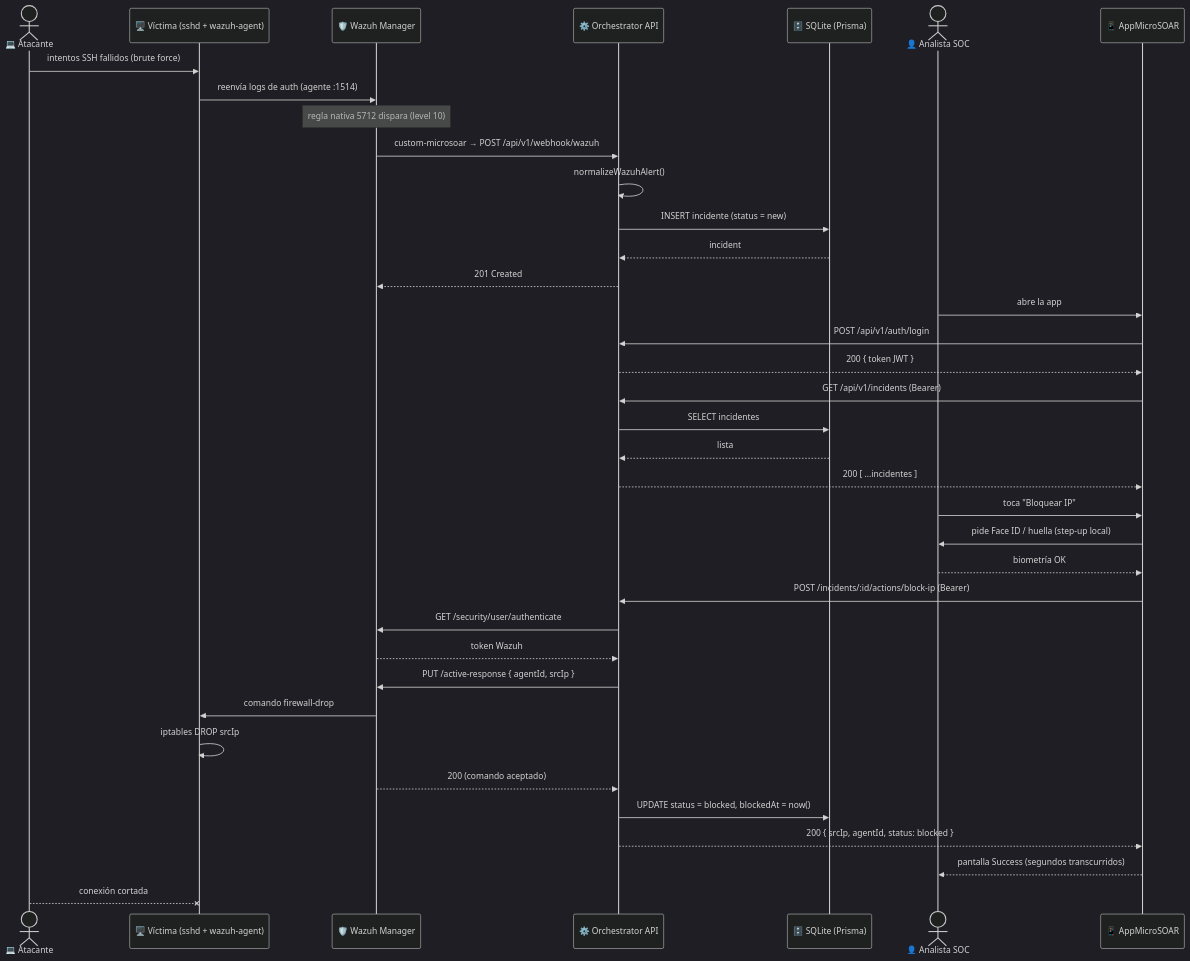
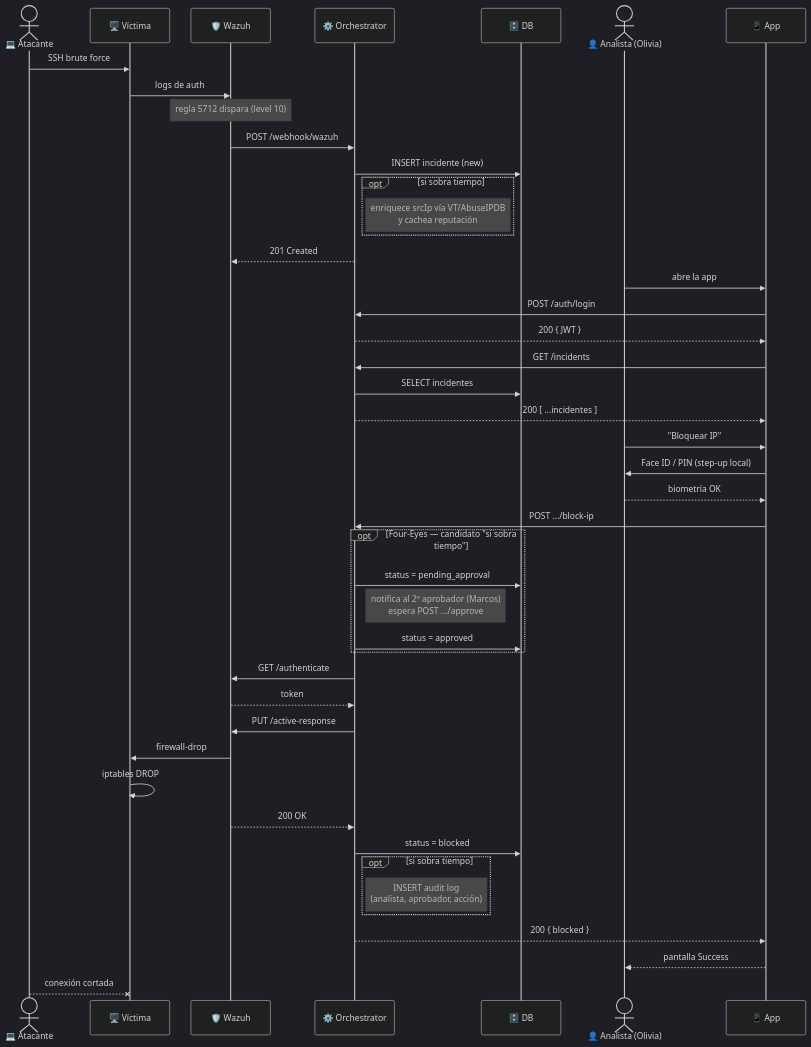
Before and after one commit to loladiaz1/PFI_Ciberseguridad: the second of 8 diagrams in DIAGRAMAS.md, drawn with Mermaid (dark theme). The commit also changed other lines of this file and 14 other files, not shown here.

````diff
--- a/DIAGRAMAS.md
+++ b/DIAGRAMAS.md
@@ -46,42 +67,51 @@
 ```mermaid
+%%{init: {'sequence': {'actorMargin': 40, 'messageMargin': 18, 'boxMargin': 6}}}%%
 sequenceDiagram
     actor Attacker as 💻 Atacante
-    participant Victim as 🖥️ Víctima (sshd + wazuh-agent)
-    participant Wazuh as 🛡️ Wazuh Manager
-    participant Orchestrator as ⚙️ Orchestrator API
-    participant DB as 🗄️ SQLite (Prisma)
-    actor Analyst as 👤 Analista SOC
-    participant App as 📱 AppMicroSOAR
+    participant Victim as 🖥️ Víctima
+    participant Wazuh as 🛡️ Wazuh
+    participant Orchestrator as ⚙️ Orchestrator
+    participant DB as 🗄️ DB
+    actor Analyst as 👤 Analista (Olivia)
+    participant App as 📱 App
 
-    Attacker->>Victim: intentos SSH fallidos (brute force)
-    Victim->>Wazuh: reenvía logs de auth (agente :1514)
-    Note over Wazuh: regla nativa 5712 dispara (level 10)
-    Wazuh->>Orchestrator: custom-microsoar → POST /api/v1/webhook/wazuh
-    Orchestrator->>Orchestrator: normalizeWazuhAlert()
-    Orchestrator->>DB: INSERT incidente (status = new)
-    DB-->>Orchestrator: incident #id
+    Attacker->>Victim: SSH brute force
+    Victim->>Wazuh: logs de auth
+    Note over Wazuh: regla 5712 dispara (level 10)
+    Wazuh->>Orchestrator: POST /webhook/wazuh
+    Orchestrator->>DB: INSERT incidente (new)
+    opt si sobra tiempo
+        Note right of Orchestrator: enriquece srcIp vía VT/AbuseIPDB<br/>y cachea reputación
+    end
     Orchestrator-->>Wazuh: 201 Created
 
     Analyst->>App: abre la app
-    App->>Orchestrator: POST /api/v1/auth/login
-    Orchestrator-->>App: 200 { token JWT }
-    App->>Orchestrator: GET /api/v1/incidents (Bearer)
+    App->>Orchestrator: POST /auth/login
+    Orchestrator-->>App: 200 { JWT }
+    App->>Orchestrator: GET /incidents
     Orchestrator->>DB: SELECT incidentes
-    DB-->>Orchestrator: lista
     Orchestrator-->>App: 200 [ ...incidentes ]
 
-    Analyst->>App: toca "Bloquear IP"
-    App->>Analyst: pide Face ID / huella (step-up local)
+    Analyst->>App: "Bloquear IP"
+    App->>Analyst: Face ID / PIN (step-up local)
     Analyst-->>App: biometría OK
-    App->>Orchestrator: POST /incidents/:id/actions/block-ip (Bearer)
-    Orchestrator->>Wazuh: GET /security/user/authenticate
-    Wazuh-->>Orchestrator: token Wazuh
-    Orchestrator->>Wazuh: PUT /active-response { agentId, srcIp }
-    Wazuh->>Victim: comando firewall-drop
-    Victim->>Victim: iptables DROP srcIp
-    Wazuh-->>Orchestrator: 200 (comando aceptado)
-    Orchestrator->>DB: UPDATE status = blocked, blockedAt = now()
-    Orchestrator-->>App: 200 { srcIp, agentId, status: blocked }
-    App-->>Analyst: pantalla Success (segundos transcurridos)
+    App->>Orchestrator: POST .../block-ip
+    opt Four-Eyes — candidato "si sobra tiempo"
+        Orchestrator->>DB: status = pending_approval
+        Note right of Orchestrator: notifica al 2º aprobador (Marcos)<br/>espera POST .../approve
+        Orchestrator->>DB: status = approved
+    end
+    Orchestrator->>Wazuh: GET /authenticate
+    Wazuh-->>Orchestrator: token
+    Orchestrator->>Wazuh: PUT /active-response
+    Wazuh->>Victim: firewall-drop
+    Victim->>Victim: iptables DROP
+    Wazuh-->>Orchestrator: 200 OK
+    Orchestrator->>DB: status = blocked
+    opt si sobra tiempo
+        Note right of Orchestrator: INSERT audit log<br/>(analista, aprobador, acción)
+    end
+    Orchestrator-->>App: 200 { blocked }
+    App-->>Analyst: pantalla Success
     Attacker--xVictim: conexión cortada
 ```
````
